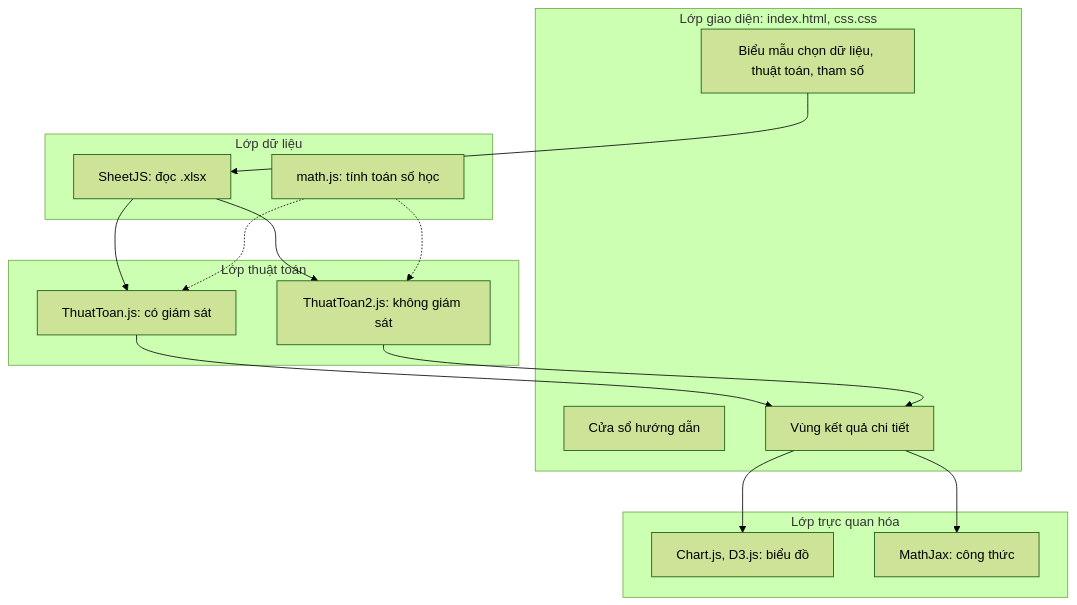
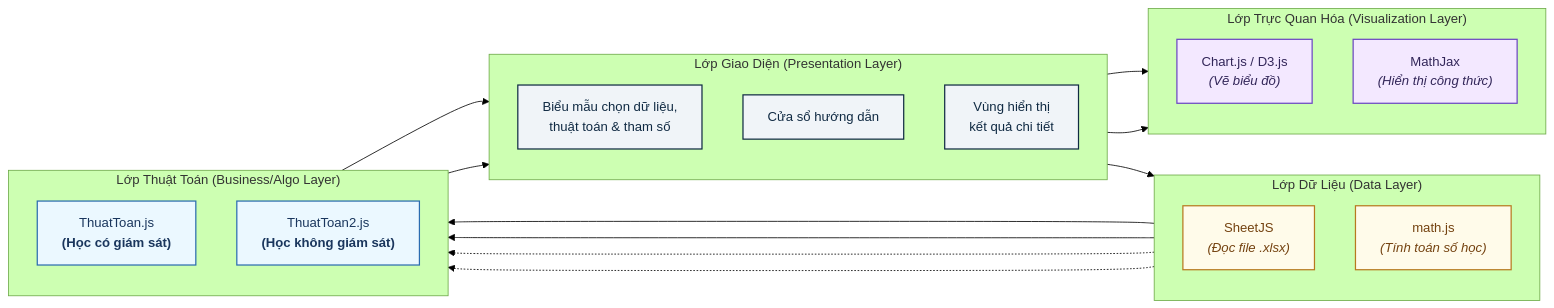
Before and after one commit to huynhthanhphong231004IT/Website_MayHocCoBan: the second of 5 diagrams in README.md, drawn with Mermaid (forest theme).

````diff
--- a/README.md
+++ b/README.md
@@ -75,29 +75,50 @@
 ```mermaid
-flowchart TB
-    subgraph UI["Lớp giao diện: index.html, css.css"]
-        F1[Biểu mẫu chọn dữ liệu, thuật toán, tham số]
-        F2[Cửa sổ hướng dẫn]
-        F3[Vùng kết quả chi tiết]
+flowchart LR
+    %% Style chuẩn bài báo khoa học (Paper style)
+    classDef ui fill:#F0F4F8,stroke:#102A43,stroke-width:1.5px,color:#102A43;
+    classDef data fill:#FFFbea,stroke:#B7791F,stroke-width:1.5px,color:#744210;
+    classDef algo fill:#EBF8FF,stroke:#2B6CB0,stroke-width:1.5px,color:#1A365D;
+    classDef vis fill:#F3E8FF,stroke:#6B46C1,stroke-width:1.5px,color:#322659;
+
+    subgraph UI ["Lớp Giao Diện (Presentation Layer)"]
+        direction TB
+        F1["Biểu mẫu chọn dữ liệu,<br/>thuật toán & tham số"]
+        F2["Cửa sổ hướng dẫn"]
+        F3["Vùng hiển thị<br/>kết quả chi tiết"]
     end
-    subgraph DATA["Lớp dữ liệu"]
-        S[SheetJS: đọc .xlsx]
-        M[math.js: tính toán số học]
+
+    subgraph DATA ["Lớp Dữ Liệu (Data Layer)"]
+        direction TB
+        S["SheetJS<br/><i>(Đọc file .xlsx)</i>"]
+        M["math.js<br/><i>(Tính toán số học)</i>"]
     end
-    subgraph ALGO["Lớp thuật toán"]
-        T1[ThuatToan.js: có giám sát]
-        T2[ThuatToan2.js: không giám sát]
+
+    subgraph ALGO ["Lớp Thuật Toán (Business/Algo Layer)"]
+        direction TB
+        T1["ThuatToan.js<br/><b>(Học có giám sát)</b>"]
+        T2["ThuatToan2.js<br/><b>(Học không giám sát)</b>"]
     end
-    subgraph VIS["Lớp trực quan hóa"]
-        V1[Chart.js, D3.js: biểu đồ]
-        V2[MathJax: công thức]
+
+    subgraph VIS ["Lớp Trực Quan Hóa (Visualization Layer)"]
+        direction TB
+        V1["Chart.js / D3.js<br/><i>(Vẽ biểu đồ)</i>"]
+        V2["MathJax<br/><i>(Hiển thị công thức)</i>"]
     end
+
+    %% Luồng liên kết dữ liệu
     F1 --> S
     S --> T1
     S --> T2
     M -.-> T1
     M -.-> T2
     T1 --> F3
     T2 --> F3
     F3 --> V1
     F3 --> V2
+
+    %% Áp dụng kiểu dáng
+    class F1,F2,F3 ui;
+    class S,M data;
+    class T1,T2 algo;
+    class V1,V2 vis;
 ```
````
